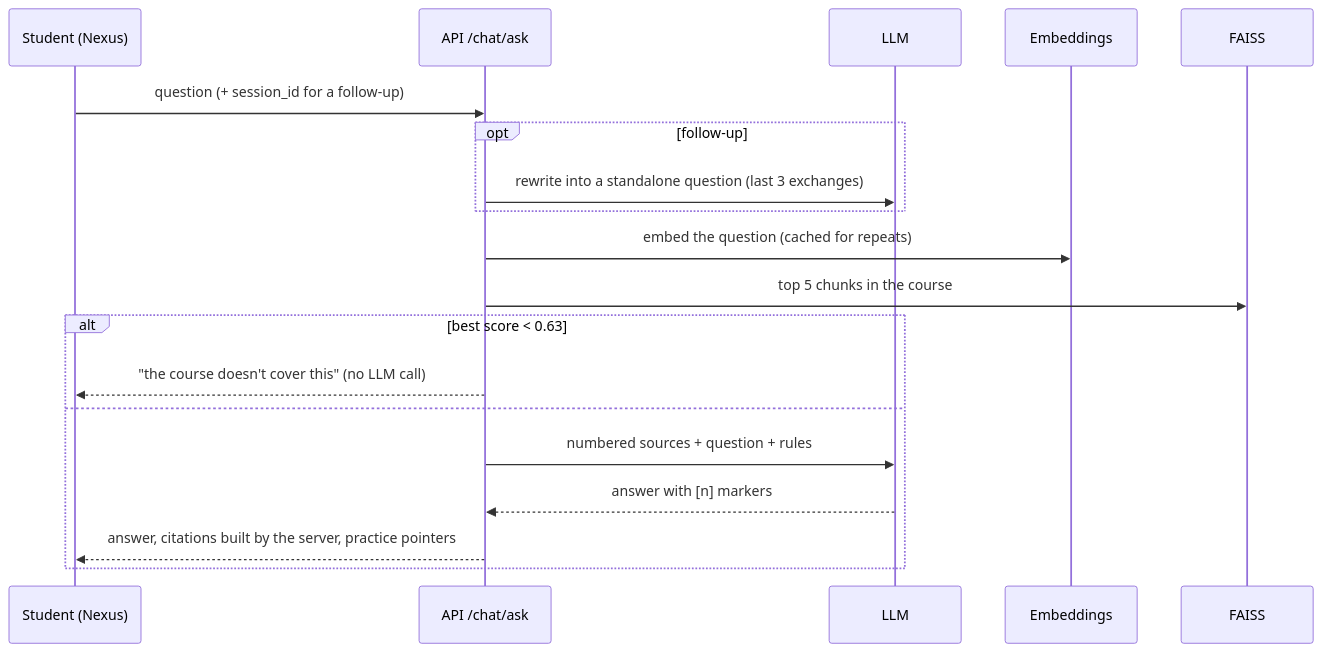
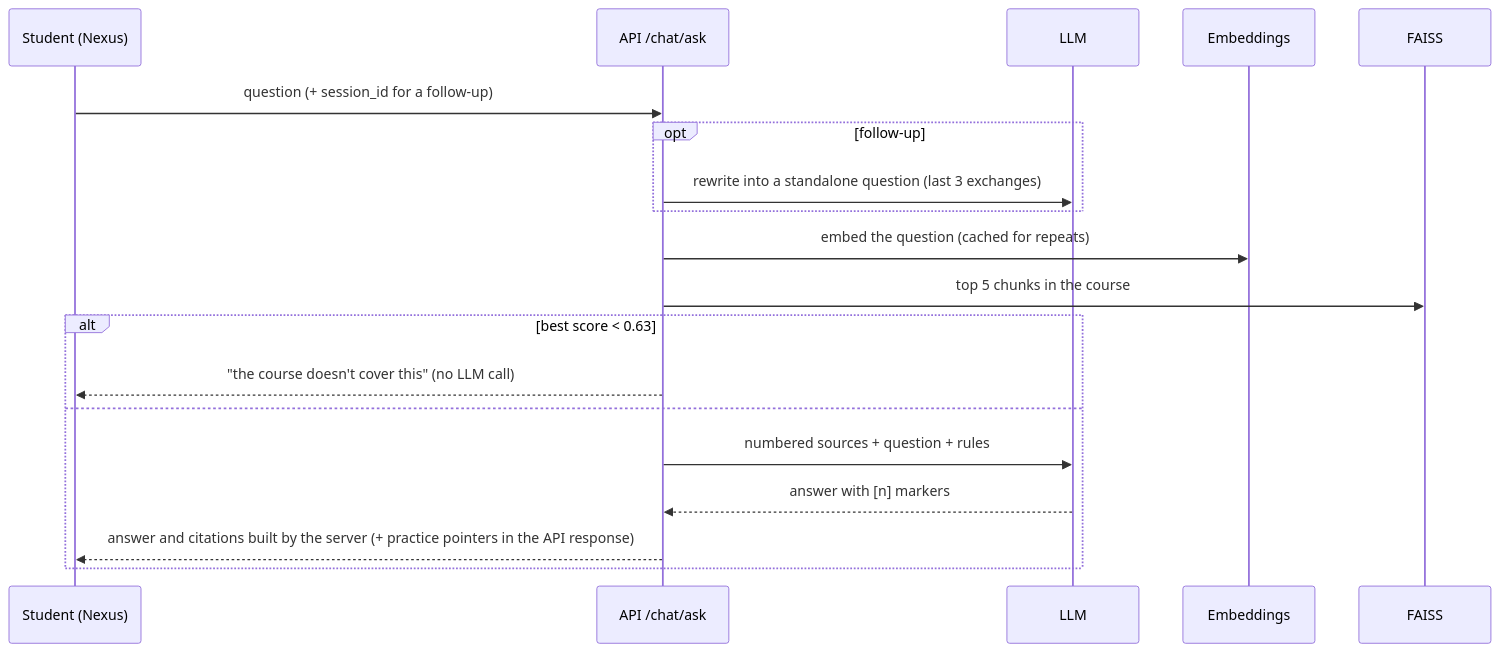
The second of 2 diagrams in docs/architecture.md (hemanthkumaralwar/AI-powered-intelligent-learning-assistant), drawn with Mermaid before and after one commit. The commit also changed 7 other files, not shown here.

````diff
--- a/docs/architecture.md
+++ b/docs/architecture.md
@@ -80,21 +80,21 @@
 ```mermaid
 sequenceDiagram
     participant S as Student (Nexus)
     participant A as API /chat/ask
     participant L as LLM
     participant E as Embeddings
     participant F as FAISS
     S->>A: question (+ session_id for a follow-up)
     opt follow-up
         A->>L: rewrite into a standalone question (last 3 exchanges)
     end
     A->>E: embed the question (cached for repeats)
     A->>F: top 5 chunks in the course
     alt best score < 0.63
         A-->>S: "the course doesn't cover this" (no LLM call)
     else
         A->>L: numbered sources + question + rules
         L-->>A: answer with [n] markers
-        A-->>S: answer, citations built by the server, practice pointers
+        A-->>S: answer and citations built by the server (+ practice pointers in the API response)
     end
 ```
````
